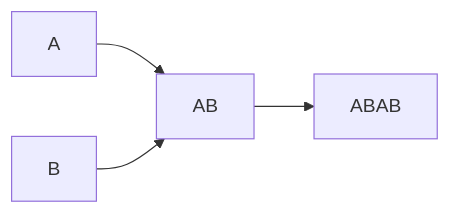
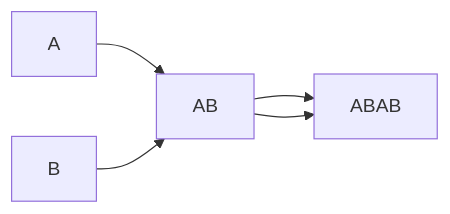
Before and after one commit to xnought/asm-index: the second of 3 diagrams in README.md, drawn with Mermaid. The commit also changed other lines of this file and 1 other file, not shown here.

Commit message:
add two arros

````diff
--- a/README.md
+++ b/README.md
@@ -27,6 +27,7 @@
 ```mermaid
 graph LR;
 A-->AB;
 B-->AB;
 AB-->ABAB;
+AB-->ABAB;
 ```
````
